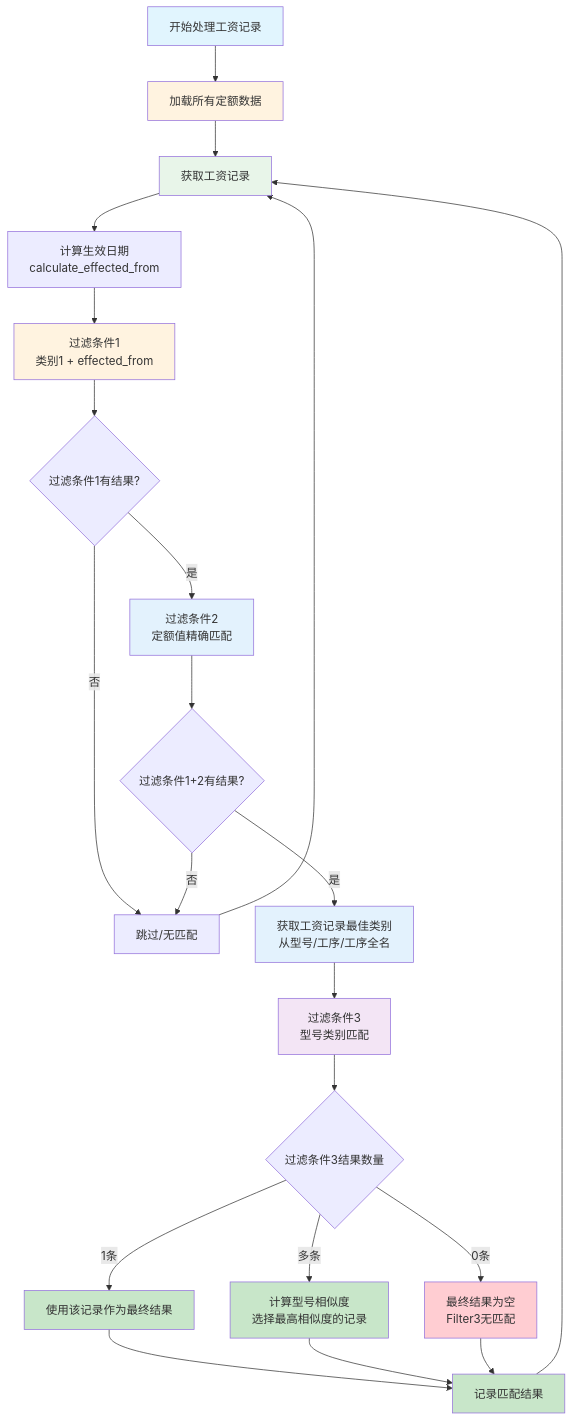
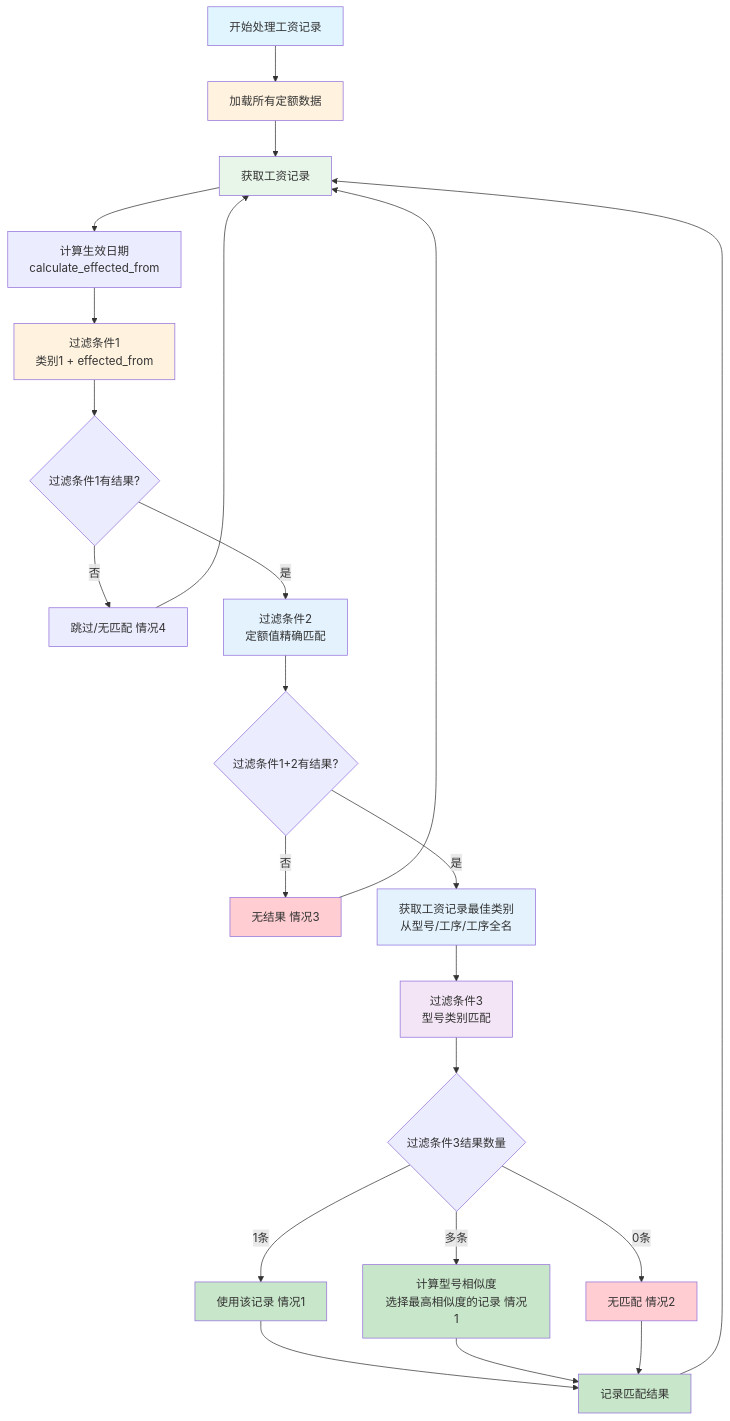
Before and after one commit to richardjl1234/huaian_payroll_matching: the first of 2 diagrams in README.md, drawn with Mermaid. The commit also changed other lines of this file and 4 other files, not shown here.

````diff
--- a/README.md
+++ b/README.md
@@ -148,44 +182,47 @@
 ```mermaid
 flowchart TD
     A[开始处理工资记录] --> B[加载所有定额数据]
     B --> C[获取工资记录]
     
     C --> D[计算生效日期<br/>calculate_effected_from]
     D --> E[过滤条件1<br/>类别1 + effected_from]
     
     E --> F{过滤条件1有结果?}
-    F -->|否| G[跳过/无匹配]
+    F -->|否| G[跳过/无匹配 情况4]
     G --> C
     
     F -->|是| H[过滤条件2<br/>定额值精确匹配]
     
     H --> I{过滤条件1+2有结果?}
-    I -->|否| G
-    I -->|是| J[获取工资记录最佳类别<br/>从型号/工序/工序全名]
+    I -->|否| J[无结果 情况3]
+    J --> C
     
-    J --> K[过滤条件3<br/>型号类别匹配]
+    I -->|是| K[获取工资记录最佳类别<br/>从型号/工序/工序全名]
     
-    K --> L{过滤条件3结果数量}
+    K --> L[过滤条件3<br/>型号类别匹配]
     
-    L -->|1条| M[使用该记录作为最终结果]
-    L -->|多条| N[计算型号相似度<br/>选择最高相似度的记录]
-    L -->|0条| O[最终结果为空<br/>Filter3无匹配]
+    L --> M{过滤条件3结果数量}
     
-    M --> P[记录匹配结果]
-    N --> P
-    O --> P
+    M -->|1条| N[使用该记录 情况1]
+    M -->|多条| O[计算型号相似度<br/>选择最高相似度的记录 情况1]
+    M -->|0条| P[无匹配 情况2]
     
-    P --> C
+    N --> Q[记录匹配结果]
+    O --> Q
+    P --> Q
+    
+    Q --> C
     
     style A fill:#e1f5fe
     style B fill:#fff3e0
     style C fill:#e8f5e9
     style E fill:#fff3e0
     style H fill:#e3f2fd
-    style J fill:#e3f2fd
-    style K fill:#f3e5f5
-    style M fill:#c8e6c9
+    style K fill:#e3f2fd
+    style L fill:#f3e5f5
     style N fill:#c8e6c9
-    style O fill:#ffcdd2
-    style P fill:#c8e6c9
+    style O fill:#c8e6c9
+    style P fill:#ffcdd2
+    style Q fill:#c8e6c9
+    style J fill:#ffcdd2
 ```
````
